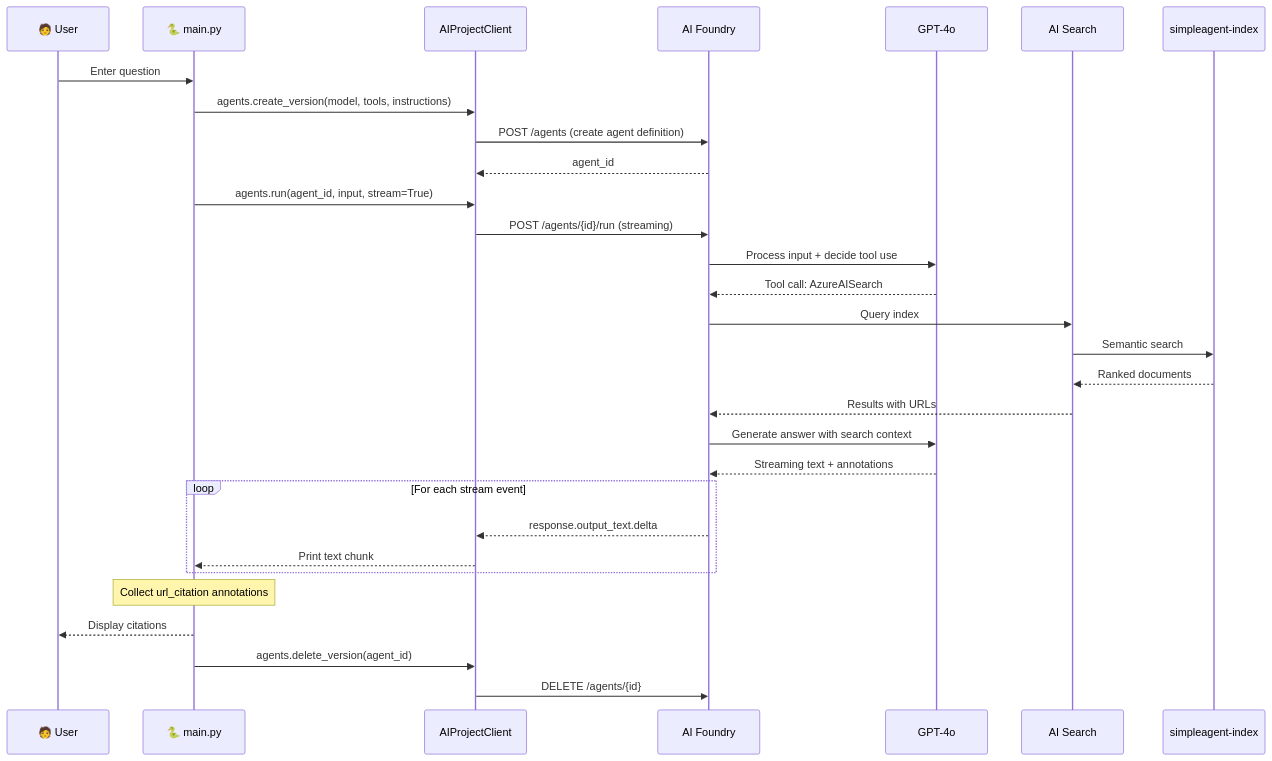
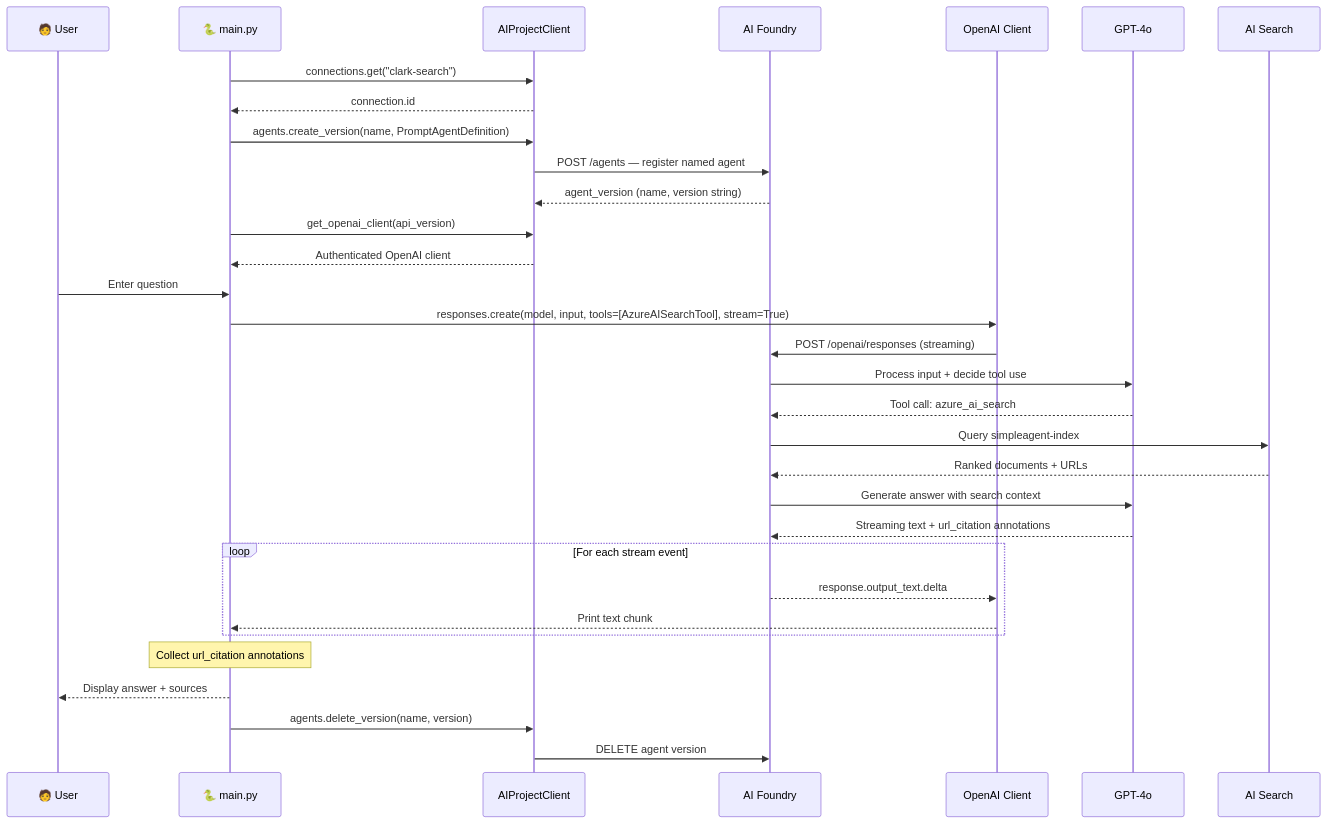
The fourth of 4 diagrams in DEMO.md (clark235/simpleagent), drawn with Mermaid before and after one commit. The commit also changed other lines of this file, not shown here.

Commit message:
docs: update DEMO.md for azure-ai-projects 2.0.0 stable
- Fix sequence diagram: agents.run() → get_openai_client() → responses.create()
- Update SDK version reference: 2.0.0b3 → 2.0.0
- Rename AzureAISearchAgentTool → AzureAISearchTool in doc #3 table
- Add OAI client step to Responses API comparison flowchart
- Update auth scope note: cognitiveservices → ai.azure.com
- Clarify agent registration messaging in demo script

````diff
--- a/DEMO.md
+++ b/DEMO.md
@@ -174,39 +176,43 @@
 ```mermaid
 sequenceDiagram
     participant User as 🧑 User
     participant App as 🐍 main.py
     participant SDK as AIProjectClient
     participant Foundry as AI Foundry
+    participant OAI as OpenAI Client
     participant GPT as GPT-4o
     participant Search as AI Search
-    participant Index as simpleagent-index
+
+    App->>SDK: connections.get("clark-search")
+    SDK-->>App: connection.id
+
+    App->>SDK: agents.create_version(name, PromptAgentDefinition)
+    SDK->>Foundry: POST /agents — register named agent
+    Foundry-->>SDK: agent_version (name, version string)
+
+    App->>SDK: get_openai_client(api_version)
+    SDK-->>App: Authenticated OpenAI client
 
     User->>App: Enter question
-    App->>SDK: agents.create_version(model, tools, instructions)
-    SDK->>Foundry: POST /agents (create agent definition)
-    Foundry-->>SDK: agent_id
-
-    App->>SDK: agents.run(agent_id, input, stream=True)
-    SDK->>Foundry: POST /agents/{id}/run (streaming)
+    App->>OAI: responses.create(model, input, tools=[AzureAISearchTool], stream=True)
+    OAI->>Foundry: POST /openai/responses (streaming)
 
     Foundry->>GPT: Process input + decide tool use
-    GPT-->>Foundry: Tool call: AzureAISearch
-    Foundry->>Search: Query index
-    Search->>Index: Semantic search
-    Index-->>Search: Ranked documents
-    Search-->>Foundry: Results with URLs
+    GPT-->>Foundry: Tool call: azure_ai_search
+    Foundry->>Search: Query simpleagent-index
+    Search-->>Foundry: Ranked documents + URLs
 
     Foundry->>GPT: Generate answer with search context
-    GPT-->>Foundry: Streaming text + annotations
+    GPT-->>Foundry: Streaming text + url_citation annotations
 
     loop For each stream event
-        Foundry-->>SDK: response.output_text.delta
-        SDK-->>App: Print text chunk
+        Foundry-->>OAI: response.output_text.delta
+        OAI-->>App: Print text chunk
     end
 
     Note over App: Collect url_citation annotations
-    App-->>User: Display citations
+    App-->>User: Display answer + sources
 
-    App->>SDK: agents.delete_version(agent_id)
-    SDK->>Foundry: DELETE /agents/{id}
+    App->>SDK: agents.delete_version(name, version)
+    SDK->>Foundry: DELETE agent version
 ```
````
